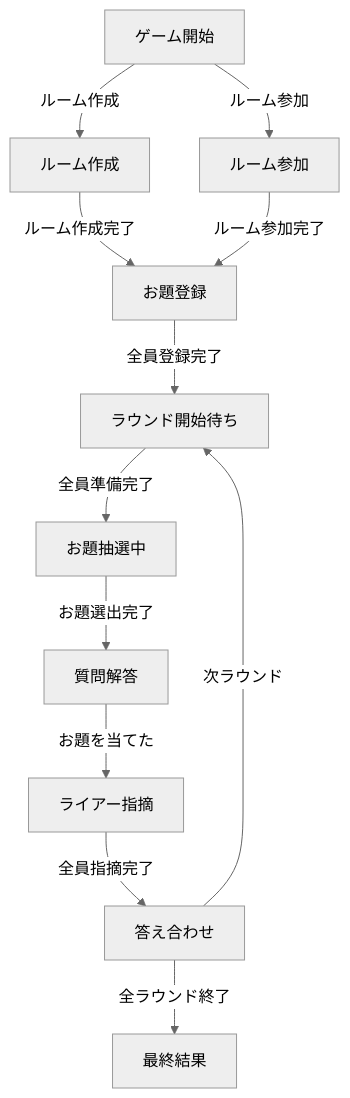
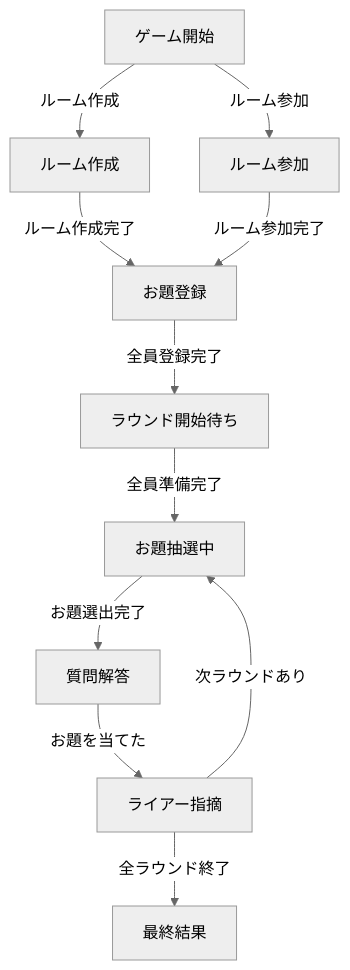
One commit to Freeesia/korenan changed the diagram in specification.md. Above: the diagram before and after it, drawn with Mermaid (neutral theme). The commit also changed other lines of this file, not shown here.

````diff
--- a/specification.md
+++ b/specification.md
@@ -124,14 +124,13 @@
 ```mermaid
 graph TD
   Start[ゲーム開始] -->|ルーム作成| RC[ルーム作成]
   Start -->|ルーム参加| RJ[ルーム参加]
   RC -->|ルーム作成完了| TR[お題登録]
   RJ -->|ルーム参加完了| TR[お題登録]
   TR -->|全員登録完了| B[ラウンド開始待ち]
   B -->|全員準備完了| G[お題抽選中]
   G -->|お題選出完了| C[質問解答]
   C -->|お題を当てた| D[ライアー指摘]
-  D -->|全員指摘完了| E[答え合わせ]
-  E -->|次ラウンド| B
-  E -->|全ラウンド終了| F[最終結果]
+  D -->|次ラウンドあり| G
+  D -->|全ラウンド終了| F[最終結果]
 ```
````
